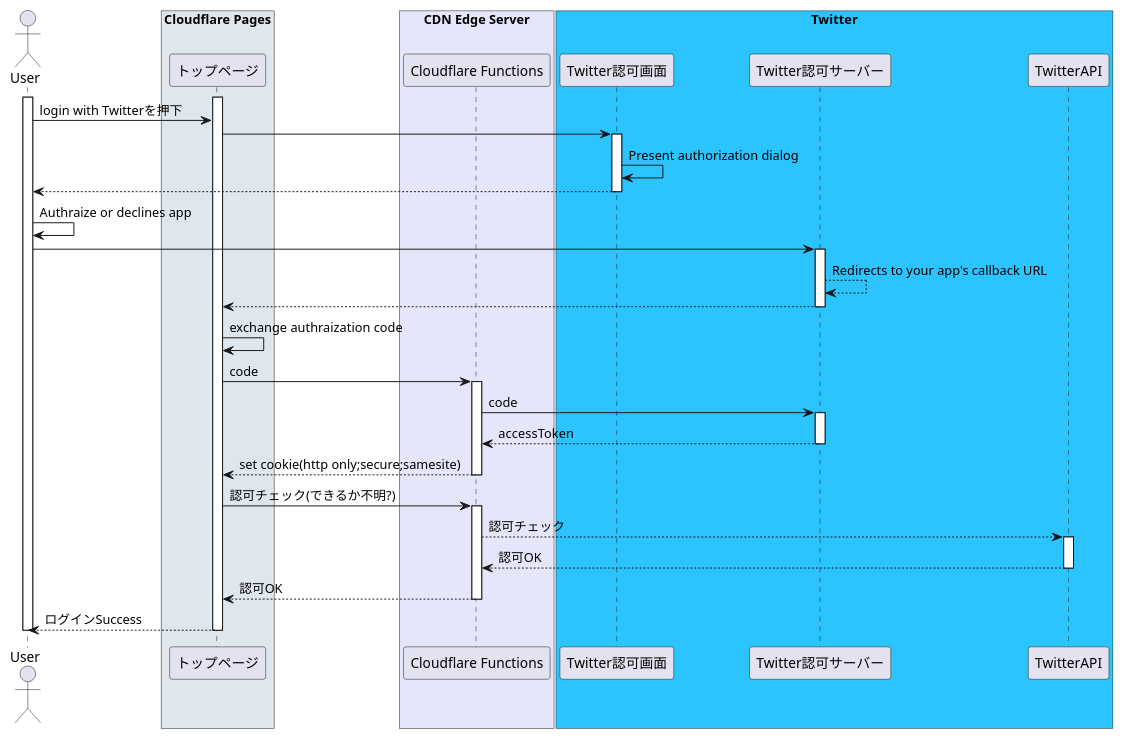
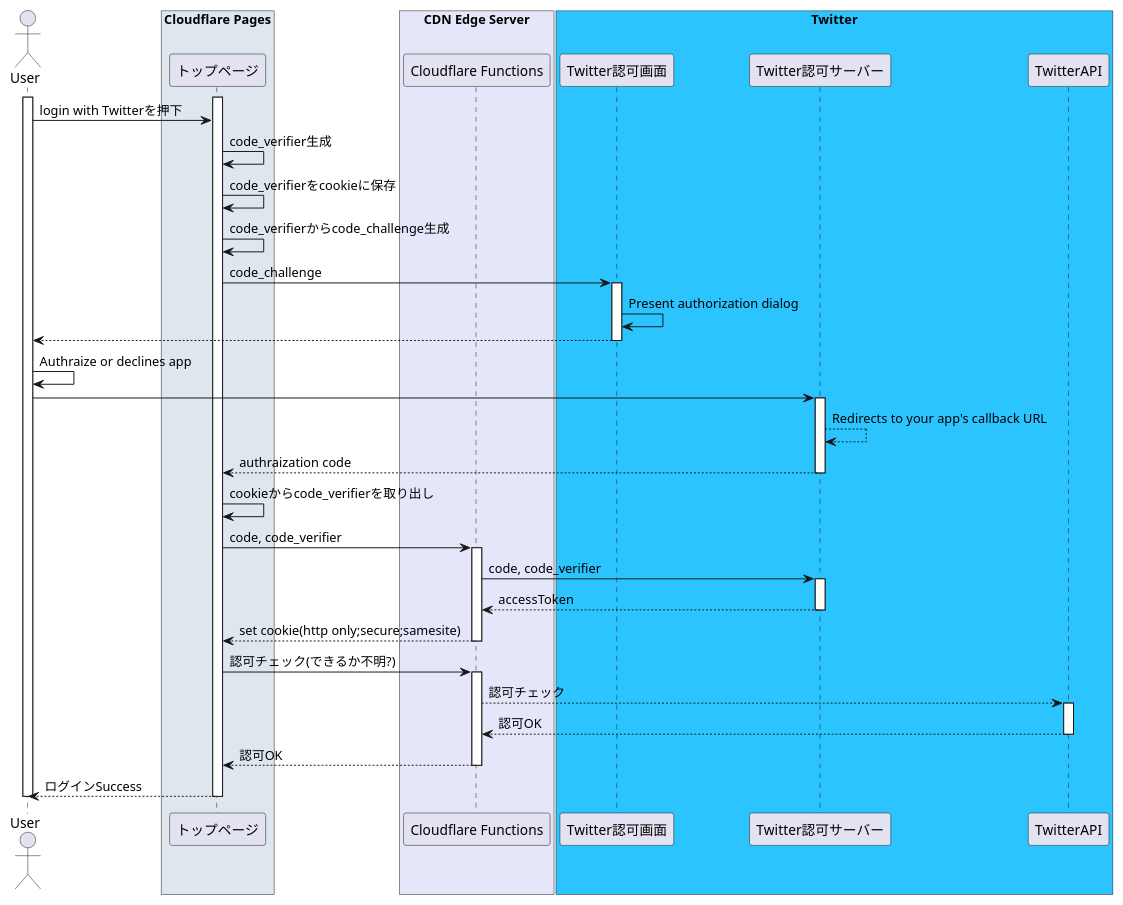
One commit to shuntaka-dev/article changed the diagram in articles/01fvpj77522jpcagxsget1ejqr.md. Above: the diagram before and after it, drawn with PlantUML. The commit also changed other lines of this file, not shown here.

Commit message:
記事追加

```diff
--- a/articles/01fvpj77522jpcagxsget1ejqr.md
+++ b/articles/01fvpj77522jpcagxsget1ejqr.md
@@ -20,48 +20,51 @@
 @startuml
 actor "User" as user
 box "Cloudflare Pages" #dee6ee
   participant "トップページ" as clPages
 end box
 box "CDN Edge Server" #e6e6fa
   participant "Cloudflare Functions" as clFunctions
 end box
 box "Twitter" #2bc4ff
   participant "Twitter認可画面" as twAuth
   participant "Twitter認可サーバー" as twServer
   participant "TwitterAPI" as twApi
 end box
 activate clPages
 activate user
 user->clPages: login with Twitterを押下
-clPages->twAuth
+clPages->clPages: code_verifier生成
+clPages->clPages: code_verifierをcookieに保存
+clPages->clPages: code_verifierからcode_challenge生成
+clPages->twAuth: code_challenge
 activate twAuth
 twAuth->twAuth: Present authorization dialog
 twAuth-->user
 deactivate twAuth
 user->user: Authraize or declines app
 user->twServer
 activate twServer
 twServer-->twServer: Redirects to your app's callback URL
-twServer-->clPages
+twServer-->clPages: authraization code
 deactivate twServer
-clPages->clPages: exchange authraization code
-clPages->clFunctions: code
+clPages->clPages: cookieからcode_verifierを取り出し
+clPages->clFunctions: code, code_verifier
 activate clFunctions
-clFunctions->twServer: code
+clFunctions->twServer: code, code_verifier
 activate twServer
 twServer-->clFunctions: accessToken
 deactivate twServer
 clFunctions-->clPages: set cookie(http only;secure;samesite)
 deactivate clFunctions
 clPages->clFunctions: 認可チェック(できるか不明?)
 activate clFunctions
 clFunctions-->twApi: 認可チェック
 activate twApi
 twApi-->clFunctions: 認可OK
 deactivate twApi
 clFunctions-->clPages: 認可OK
 deactivate clFunctions
 clPages-->user: ログインSuccess
 deactivate clPages
 deactivate user
 @enduml
```
